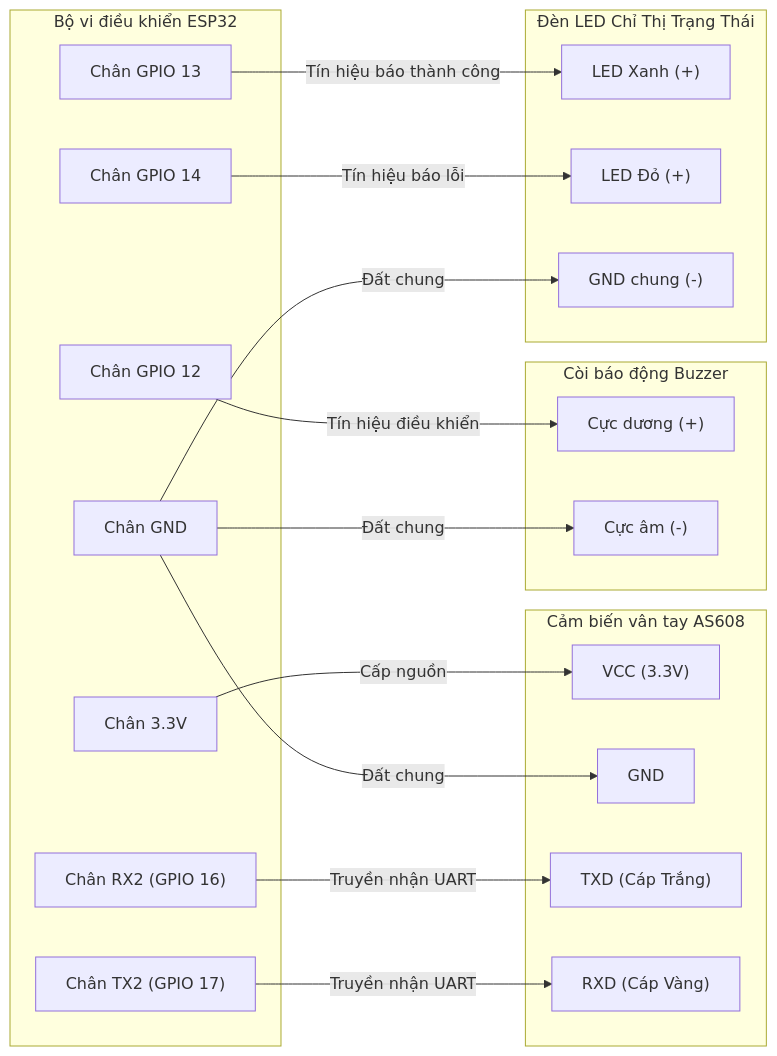
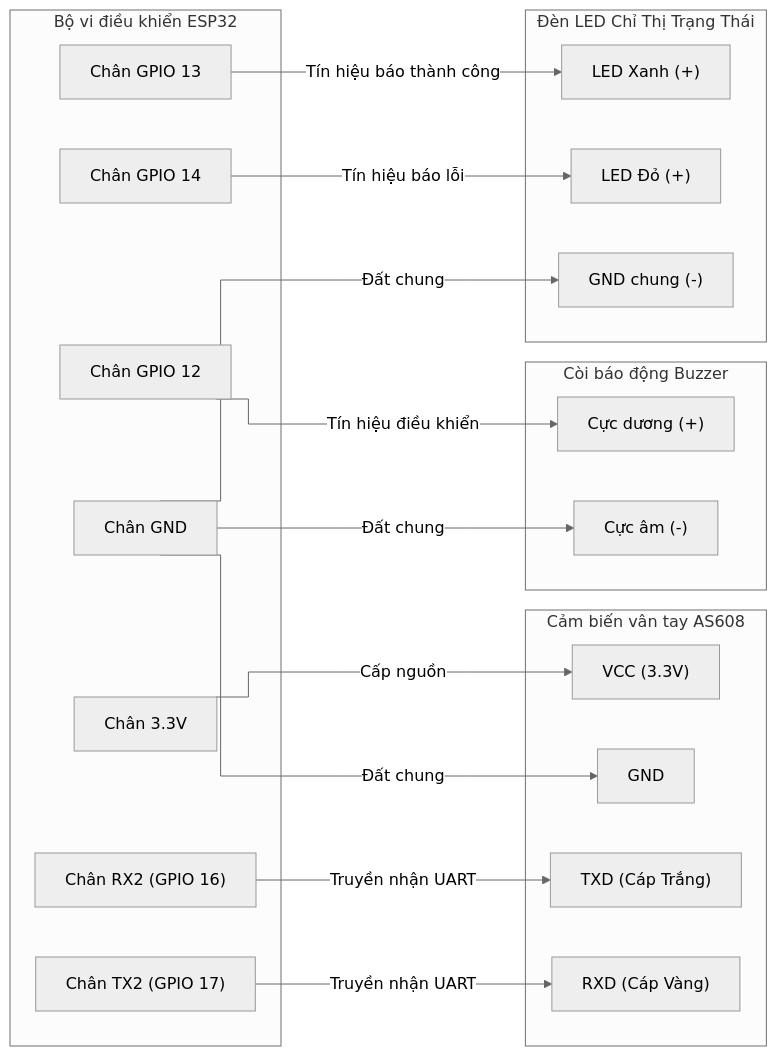
The diagram in docs/thesis/hardware_diagram.md (hnagnurtme/RoadSentinel), drawn with Mermaid before and after one commit. The commit also changed 3 other files, not shown here.

Commit message:
docs: update mermaid diagram syntax for consistency across documentation (#47)

````diff
--- a/docs/thesis/hardware_diagram.md
+++ b/docs/thesis/hardware_diagram.md
@@ -43,47 +43,48 @@
 ```mermaid
-graph LR
+%%{init: {"theme": "neutral", "flowchart": {"curve": "step"}}}%%
+flowchart LR
     subgraph ESP32_NodeMCU["Bộ vi điều khiển ESP32"]
         Pin_3V3["Chân 3.3V"]
         Pin_GND["Chân GND"]
         Pin_TX2["Chân TX2 (GPIO 17)"]
         Pin_RX2["Chân RX2 (GPIO 16)"]
         Pin_D12["Chân GPIO 12"]
         Pin_D13["Chân GPIO 13"]
         Pin_D14["Chân GPIO 14"]
     end
 
     subgraph Fingerprint_Sensor["Cảm biến vân tay AS608"]
         VCC_FP["VCC (3.3V)"]
         GND_FP["GND"]
         TX_FP["TXD (Cáp Trắng)"]
         RX_FP["RXD (Cáp Vàng)"]
     end
 
     subgraph Buzzer_Alarm["Còi báo động Buzzer"]
         VCC_BZ["Cực dương (+)"]
         GND_BZ["Cực âm (-)"]
     end
 
     subgraph LEDs["Đèn LED Chỉ Thị Trạng Thái"]
         LED_G_Pos["LED Xanh (+)"]
         LED_R_Pos["LED Đỏ (+)"]
         LED_Neg["GND chung (-)"]
     end
 
     %% Kết nối nguồn & đất
     Pin_3V3 -->|Cấp nguồn| VCC_FP
     Pin_GND -->|Đất chung| GND_FP
     Pin_GND -->|Đất chung| GND_BZ
     Pin_GND -->|Đất chung| LED_Neg
 
     %% Kết nối UART cảm biến vân tay
     Pin_TX2 -->|Truyền nhận UART| RX_FP
     Pin_RX2 -->|Truyền nhận UART| TX_FP
 
     %% Kết nối còi Buzzer
     Pin_D12 -->|Tín hiệu điều khiển| VCC_BZ
 
     %% Kết nối LEDs
     Pin_D13 -->|Tín hiệu báo thành công| LED_G_Pos
     Pin_D14 -->|Tín hiệu báo lỗi| LED_R_Pos
 ```
````
